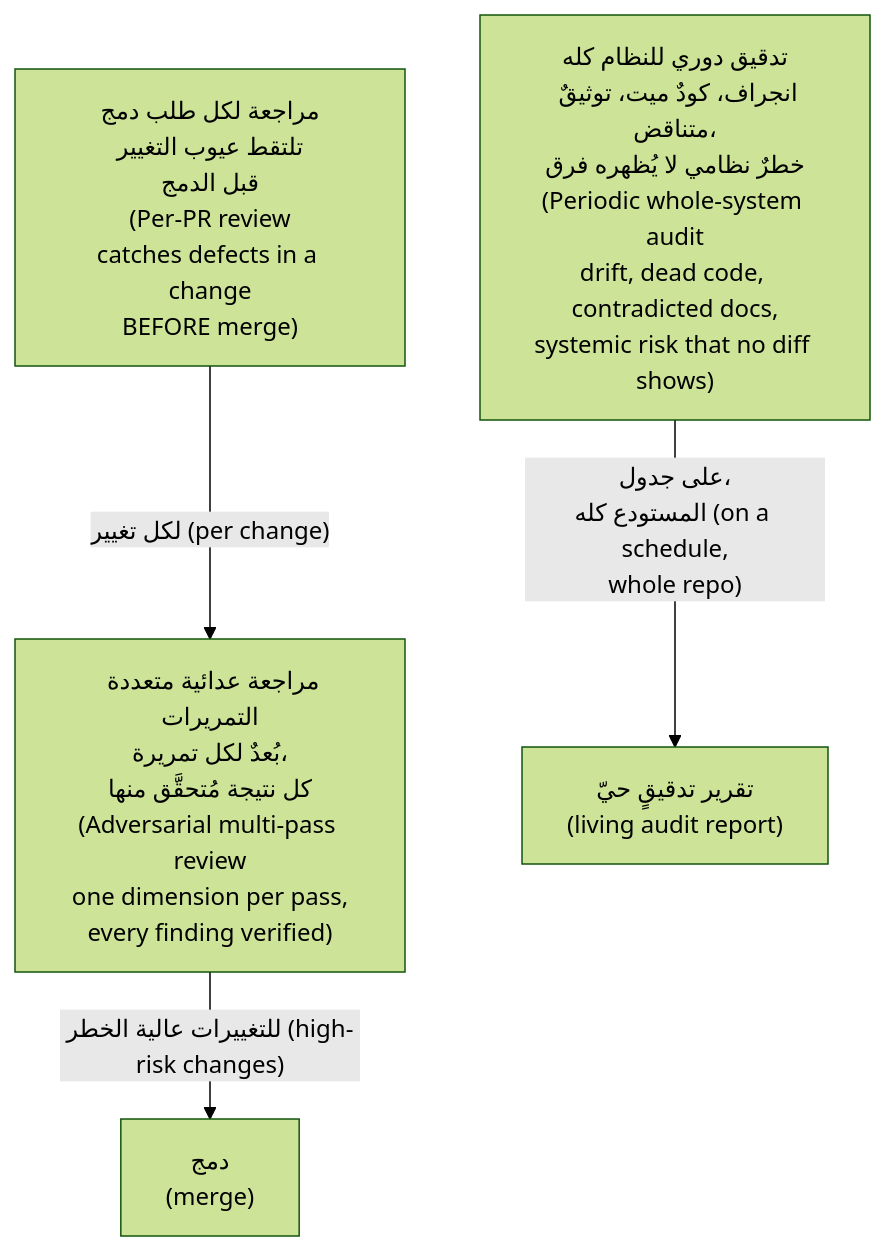
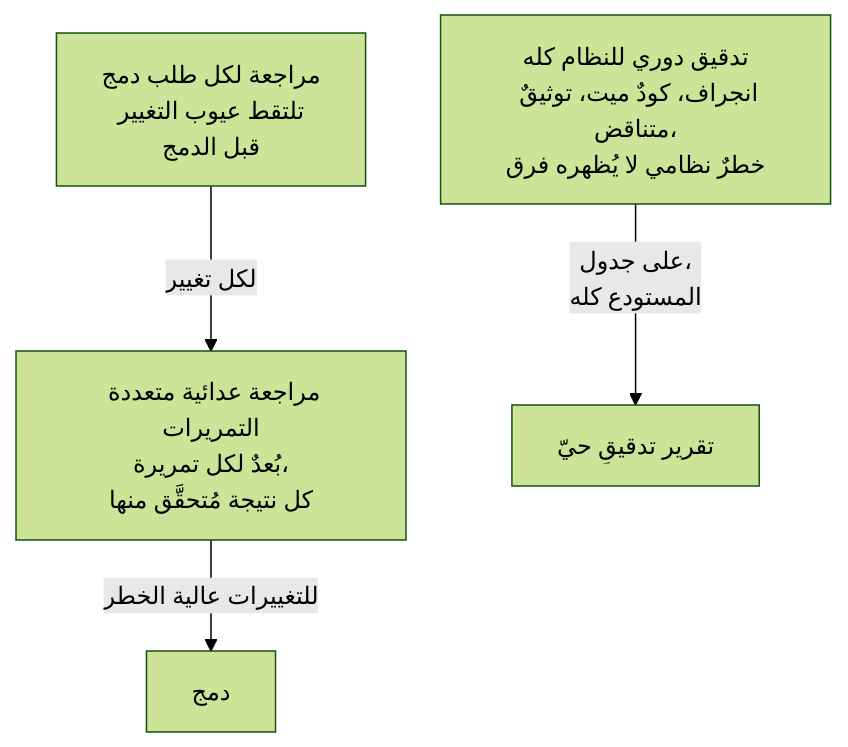
One commit to Tamoura/system-design-for-vibe-coders changed the seventh of 8 diagrams in modules/09-directing-ai-team/module.ar.md. Above: the diagram before and after it, drawn with Mermaid (forest theme). The commit also changed other lines of this file and 551 other files, not shown here.

````diff
--- a/modules/09-directing-ai-team/module.ar.md
+++ b/modules/09-directing-ai-team/module.ar.md
@@ -637,9 +639,9 @@
 ```mermaid
 flowchart TD
-    A["مراجعة لكل طلب دمج<br/>تلتقط عيوب التغيير<br/>قبل الدمج<br/>(Per-PR review<br/>catches defects in a change<br/>BEFORE merge)"]
-    B["مراجعة عدائية متعددة التمريرات<br/>بُعدٌ لكل تمريرة،<br/>كل نتيجة مُتحقَّق منها<br/>(Adversarial multi-pass review<br/>one dimension per pass,<br/>every finding verified)"]
-    C["تدقيق دوري للنظام كله<br/>انجراف، كودٌ ميت، توثيقٌ متناقض،<br/>خطرٌ نظامي لا يُظهره فرق<br/>(Periodic whole-system audit<br/>drift, dead code, contradicted docs,<br/>systemic risk that no diff shows)"]
-    A -->|"لكل تغيير (per change)"| B
-    B -->|"للتغييرات عالية الخطر (high-risk changes)"| Done["دمج<br/>(merge)"]
-    C -->|"على جدول،<br/>المستودع كله (on a schedule,<br/>whole repo)"| Report["تقرير تدقيقٍ حيّ<br/>(living audit report)"]
+    A["مراجعة لكل طلب دمج<br/>تلتقط عيوب التغيير<br/>قبل الدمج"]
+    B["مراجعة عدائية متعددة التمريرات<br/>بُعدٌ لكل تمريرة،<br/>كل نتيجة مُتحقَّق منها"]
+    C["تدقيق دوري للنظام كله<br/>انجراف، كودٌ ميت، توثيقٌ متناقض،<br/>خطرٌ نظامي لا يُظهره فرق"]
+    A -->|"لكل تغيير"| B
+    B -->|"للتغييرات عالية الخطر"| Done["دمج"]
+    C -->|"على جدول،<br/>المستودع كله"| Report["تقرير تدقيقٍ حيّ"]
 ```
````
